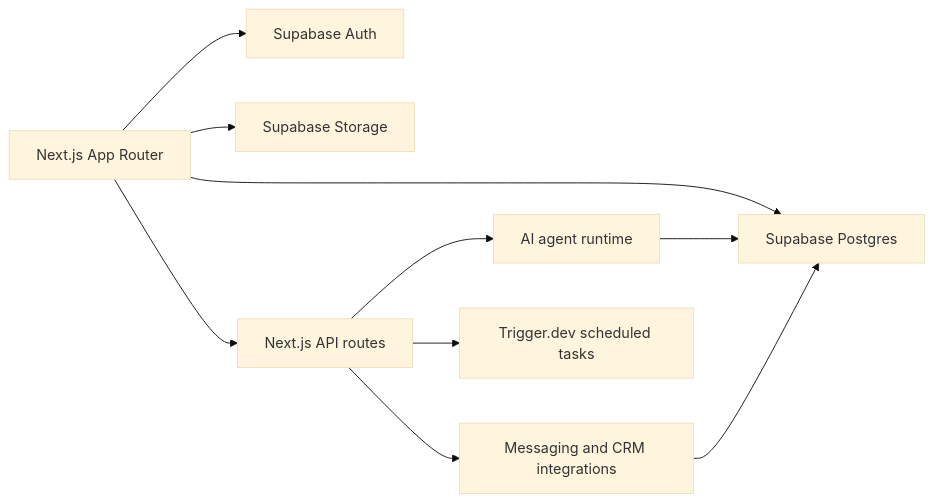
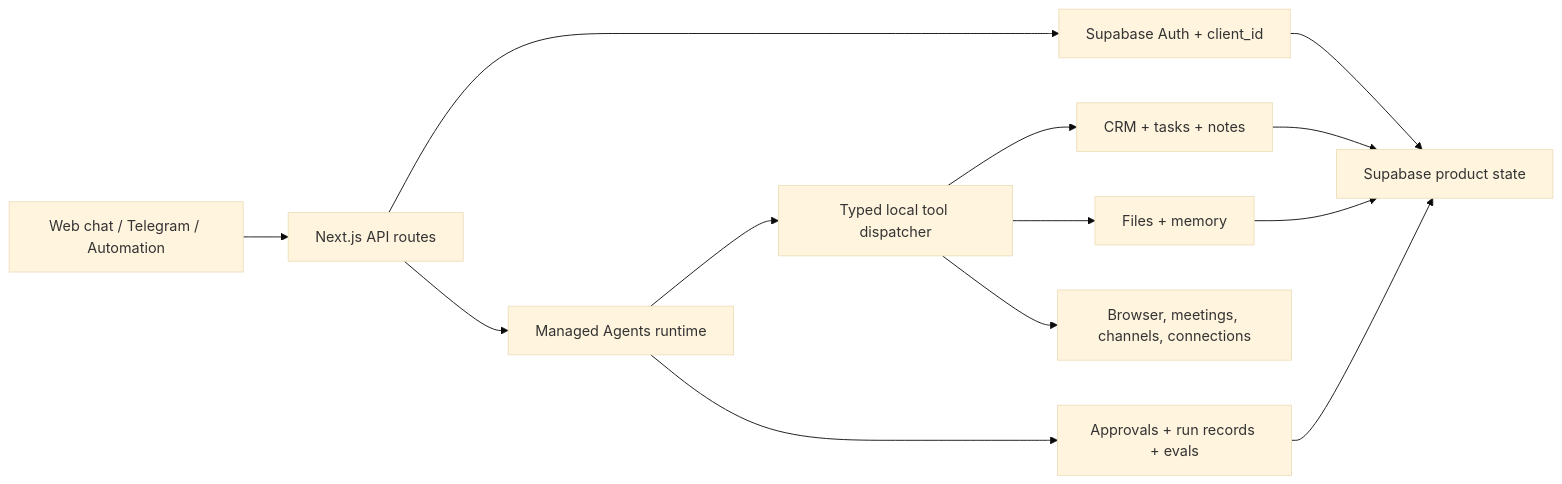
The diagram in README.md (Sethzy/neobot-ai-crm), drawn with Mermaid (base theme) before and after one commit. The commit also changed other lines of this file, not shown here.

Commit message:
docs(readme): sharpen NeoBot architecture overview

````diff
--- a/README.md
+++ b/README.md
@@ -56,12 +68,15 @@
 ```mermaid
 flowchart LR
-  Browser["Next.js App Router"] --> Auth["Supabase Auth"]
-  Browser --> DB["Supabase Postgres"]
-  Browser --> Storage["Supabase Storage"]
-  Browser --> API["Next.js API routes"]
-  API --> Agent["AI agent runtime"]
-  API --> Integrations["Messaging and CRM integrations"]
-  API --> Trigger["Trigger.dev scheduled tasks"]
-  Agent --> DB
-  Integrations --> DB
+  Entry["Web chat / Telegram / Automation"] --> API["Next.js API routes"]
+  API --> Auth["Supabase Auth + client_id"]
+  Auth --> State["Supabase product state"]
+  API --> Runtime["Managed Agents runtime"]
+  Runtime --> Tools["Typed local tool dispatcher"]
+  Tools --> CRM["CRM + tasks + notes"]
+  Tools --> Files["Files + memory"]
+  Tools --> Integrations["Browser, meetings, channels, connections"]
+  Runtime --> Approvals["Approvals + run records + evals"]
+  CRM --> State
+  Files --> State
+  Approvals --> State
 ```
````
